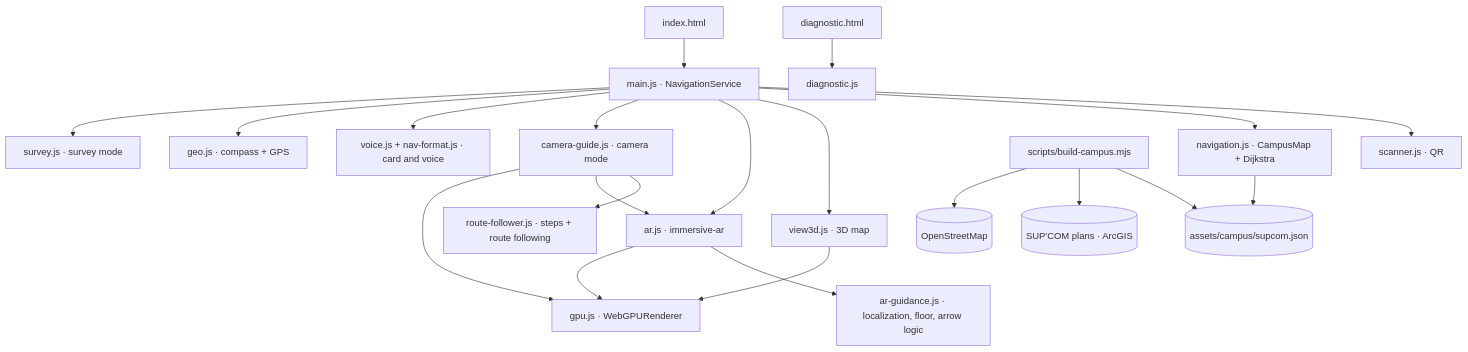
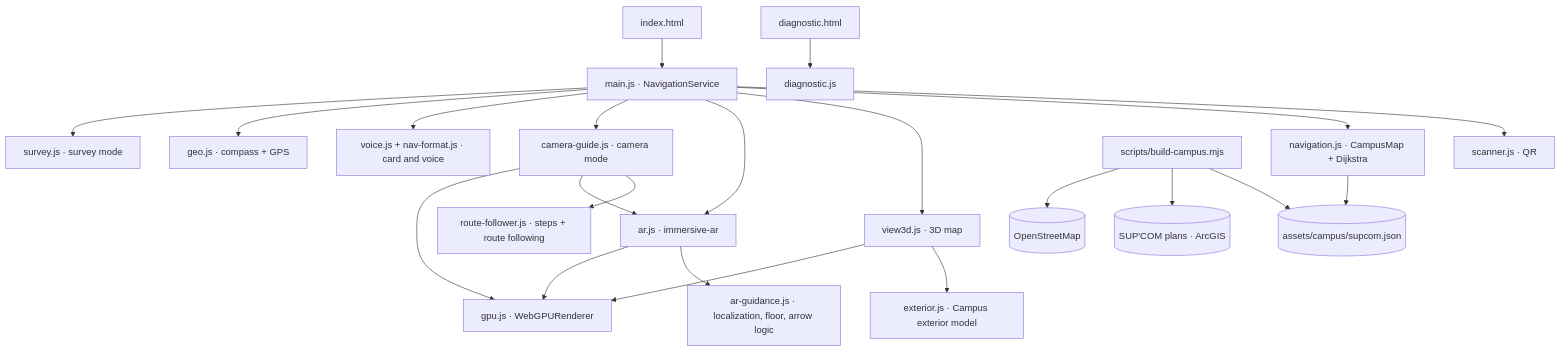
Before and after one commit to yessinomhiri-cpu/indoor-wayfinder: the diagram in README.md, drawn with Mermaid. The commit also changed other lines of this file and 17 other files, not shown here.

First line of the commit message:
feat: real SUP'COM exterior in the Campus view (v3.7.0)

````diff
--- a/README.md
+++ b/README.md
@@ -78,23 +78,24 @@
 ```mermaid
 flowchart TB
     UI[index.html] --> MAIN[main.js · NavigationService]
     MAIN --> SCAN[scanner.js · QR]
     MAIN --> NAV[navigation.js · CampusMap + Dijkstra]
     MAIN --> VIEW[view3d.js · 3D map]
+    VIEW --> EXT[exterior.js · Campus exterior model]
     MAIN --> AR[ar.js · immersive-ar]
     MAIN --> CAM[camera-guide.js · camera mode]
     MAIN --> VOICE[voice.js + nav-format.js · card and voice]
     MAIN --> GEO[geo.js · compass + GPS]
     MAIN --> SURVEY[survey.js · survey mode]
     AR --> GUIDE[ar-guidance.js · localization, floor, arrow logic]
     CAM --> FOLLOW[route-follower.js · steps + route following]
     CAM --> AR
     VIEW --> GPU[gpu.js · WebGPURenderer]
     AR --> GPU
     CAM --> GPU
     NAV --> DATA[(assets/campus/supcom.json)]
     BUILD[scripts/build-campus.mjs] --> DATA
     BUILD --> ARCGIS[(SUP'COM plans · ArcGIS)]
     BUILD --> OSM[(OpenStreetMap)]
     DIAG[diagnostic.html] --> DIAGJS[diagnostic.js]
 ```
````
